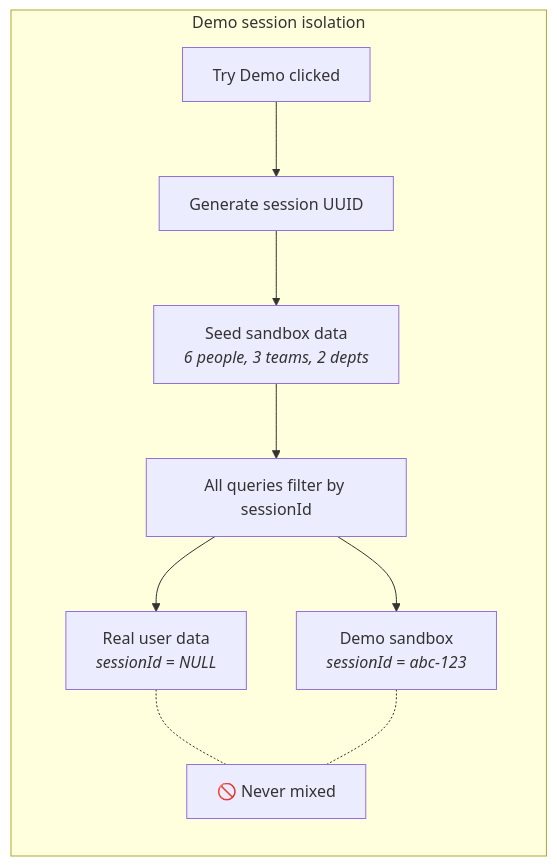
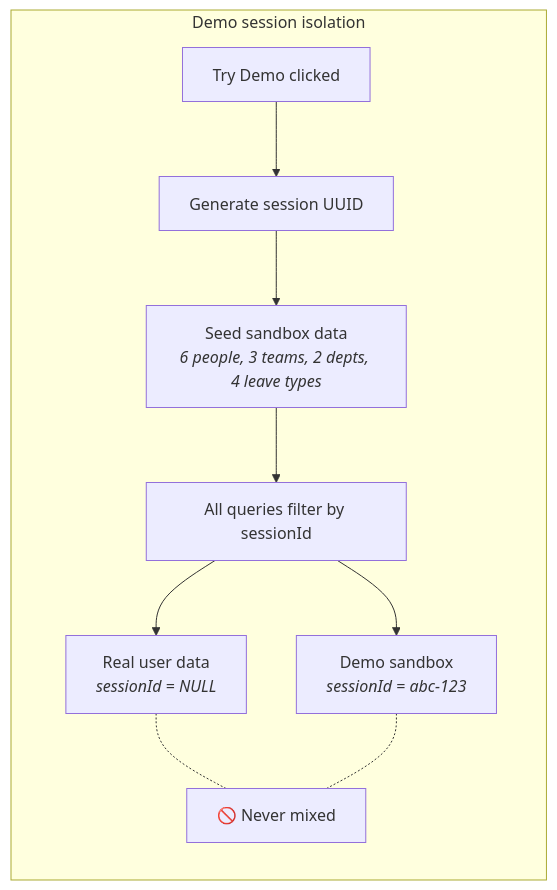
One commit to MikkoNumminen/HRManager changed the third of 4 diagrams in README.md. Above: the diagram before and after it, drawn with Mermaid. The commit also changed other lines of this file and 1 other file, not shown here.

````diff
--- a/README.md
+++ b/README.md
@@ -82,12 +82,12 @@
 ```mermaid
 graph LR
     subgraph "Demo session isolation"
         Demo["Try Demo clicked"] --> UUID["Generate session UUID"]
-        UUID --> Seed["Seed sandbox data<br/><i>6 people, 3 teams, 2 depts</i>"]
+        UUID --> Seed["Seed sandbox data<br/><i>6 people, 3 teams, 2 depts, 4 leave types</i>"]
         Seed --> Filter["All queries filter by sessionId"]
         Filter --> R1["Real user data<br/><i>sessionId = NULL</i>"]
         Filter --> R2["Demo sandbox<br/><i>sessionId = abc-123</i>"]
         R1 -.- X["🚫 Never mixed"]
         R2 -.- X
     end
 ```
````
